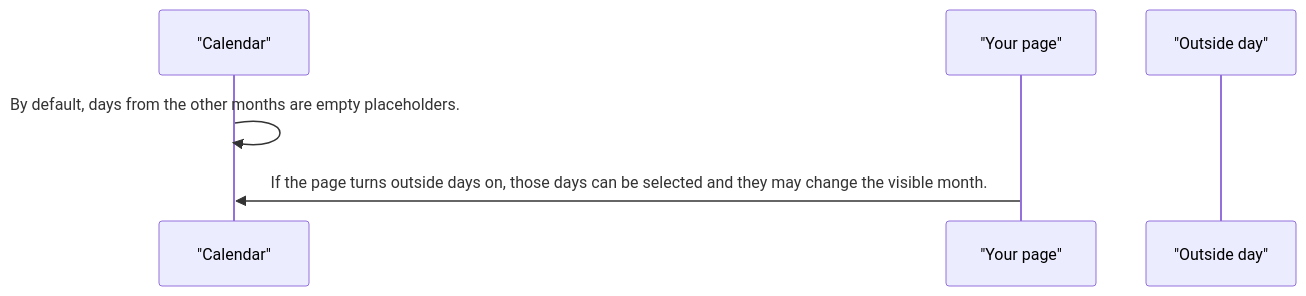
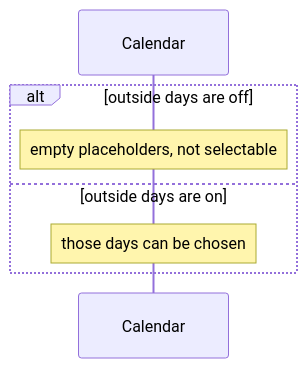
The third of 3 diagrams in projects/pixel-ui/src/lib/pixel-calendar/DESIGN.md (RajshekharBorate/pixel-ui), drawn with Mermaid before and after one commit. The commit also changed other lines of this file and 73 other files, not shown here.

Commit message:
Explain who owns each value and what each flow does in every component and service design.

````diff
--- a/projects/pixel-ui/src/lib/pixel-calendar/DESIGN.md
+++ b/projects/pixel-ui/src/lib/pixel-calendar/DESIGN.md
@@ -57,8 +72,9 @@
 ```mermaid
 sequenceDiagram
-  participant cal as "Calendar"
-  participant page as "Your page"
-  participant out as "Outside day"
-  cal->>cal: By default, days from the other months are empty placeholders.
-  page->>cal: If the page turns outside days on, those days can be selected and they may change the visible month.
+  participant Cal as Calendar
+  alt outside days are off
+    Note over Cal: empty placeholders, not selectable
+  else outside days are on
+    Note over Cal: those days can be chosen
+  end
 ```
````
